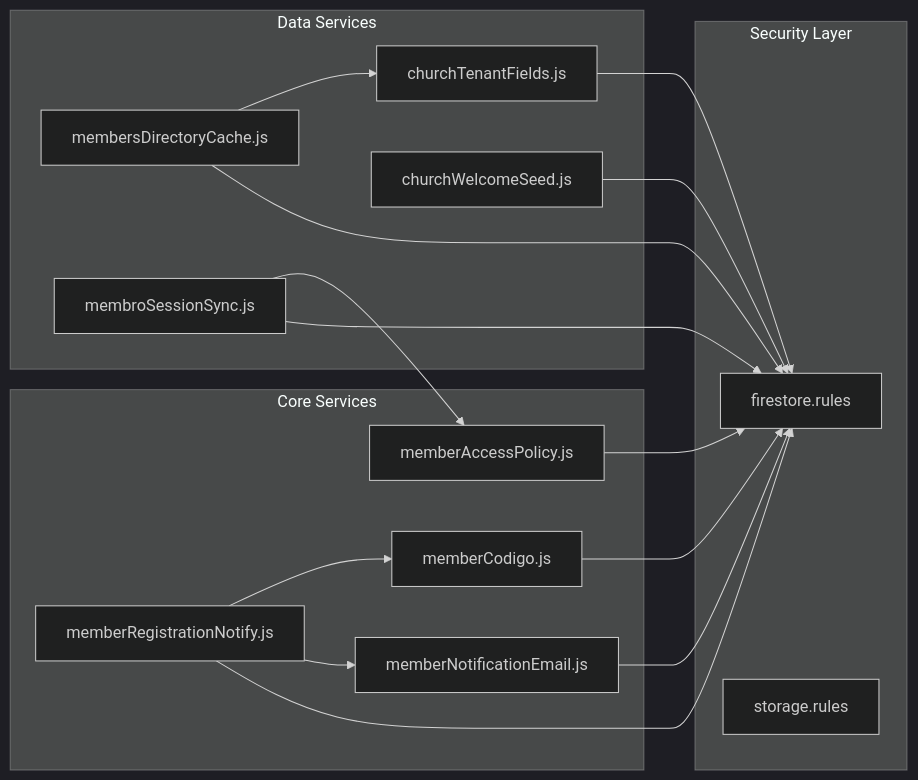
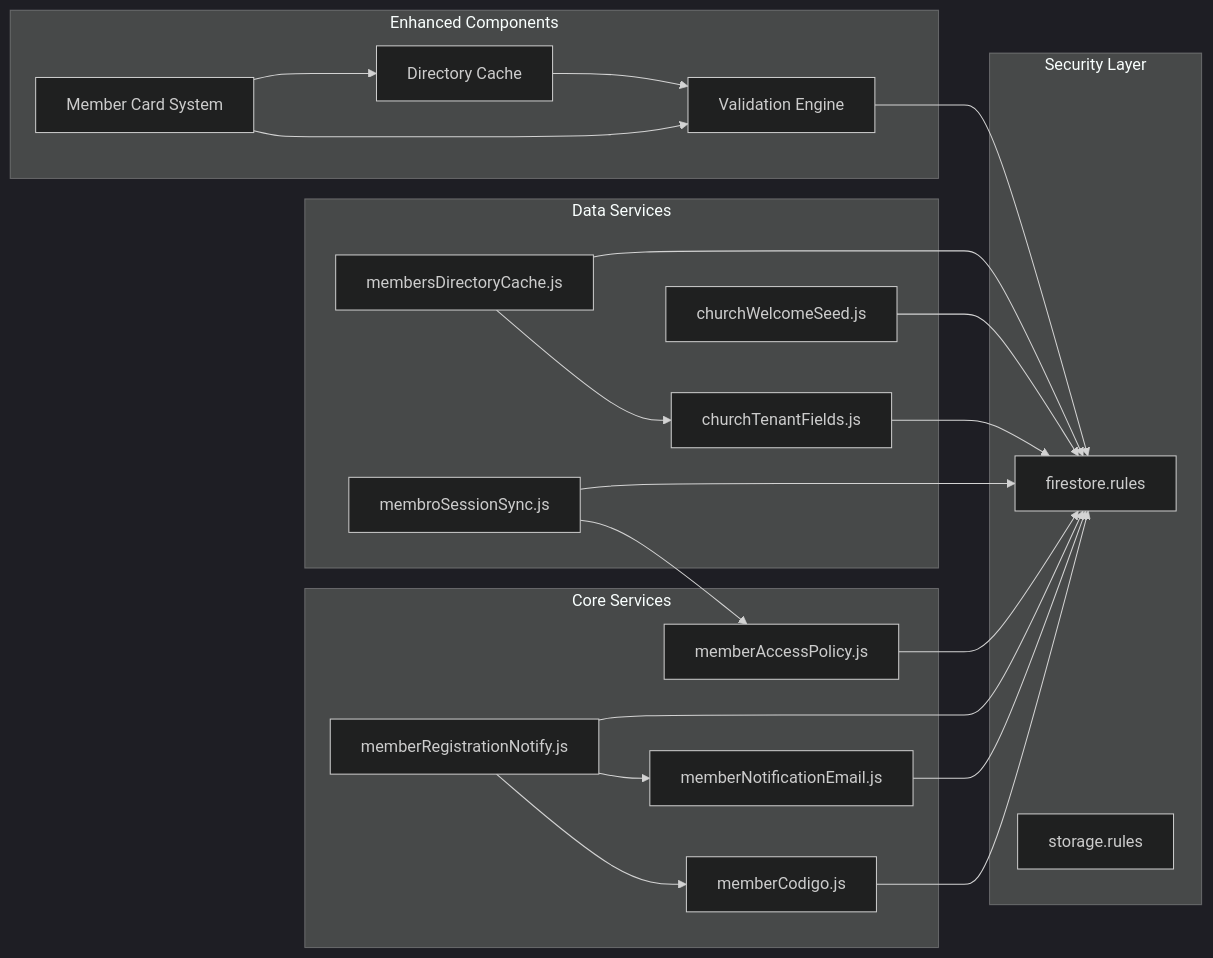
One commit to raihom-netizen/com.gestaoyahwehios.app changed diagram 12 of 12 in .qoder/repowiki/en/content/Member Management/Member Management.md. Above: the diagram before and after it, drawn with Mermaid (dark theme). The commit also changed other lines of this file and 161 other files, not shown here.

````diff
--- a/.qoder/repowiki/en/content/Member Management/Member Management.md
+++ b/.qoder/repowiki/en/content/Member Management/Member Management.md
@@ -369,31 +582,40 @@
 ```mermaid
 graph LR
 subgraph "Core Services"
 AP["memberAccessPolicy.js"]
 MC["memberCodigo.js"]
 MN["memberNotificationEmail.js"]
 MR["memberRegistrationNotify.js"]
 end
 subgraph "Data Services"
 MD["membersDirectoryCache.js"]
 MS["membroSessionSync.js"]
 TF["churchTenantFields.js"]
 WS["churchWelcomeSeed.js"]
+end
+subgraph "Enhanced Components"
+VC["Validation Engine"]
+DC["Directory Cache"]
+MCARD["Member Card System"]
 end
 subgraph "Security Layer"
 FR["firestore.rules"]
 SR["storage.rules"]
 end
 AP --> FR
 MC --> FR
 MN --> FR
 MR --> FR
 MD --> FR
 MS --> FR
 TF --> FR
 WS --> FR
 MR --> MN
 MR --> MC
 MS --> AP
 MD --> TF
+VC --> FR
+DC --> VC
+MCARD --> DC
+MCARD --> VC
 ```
````
